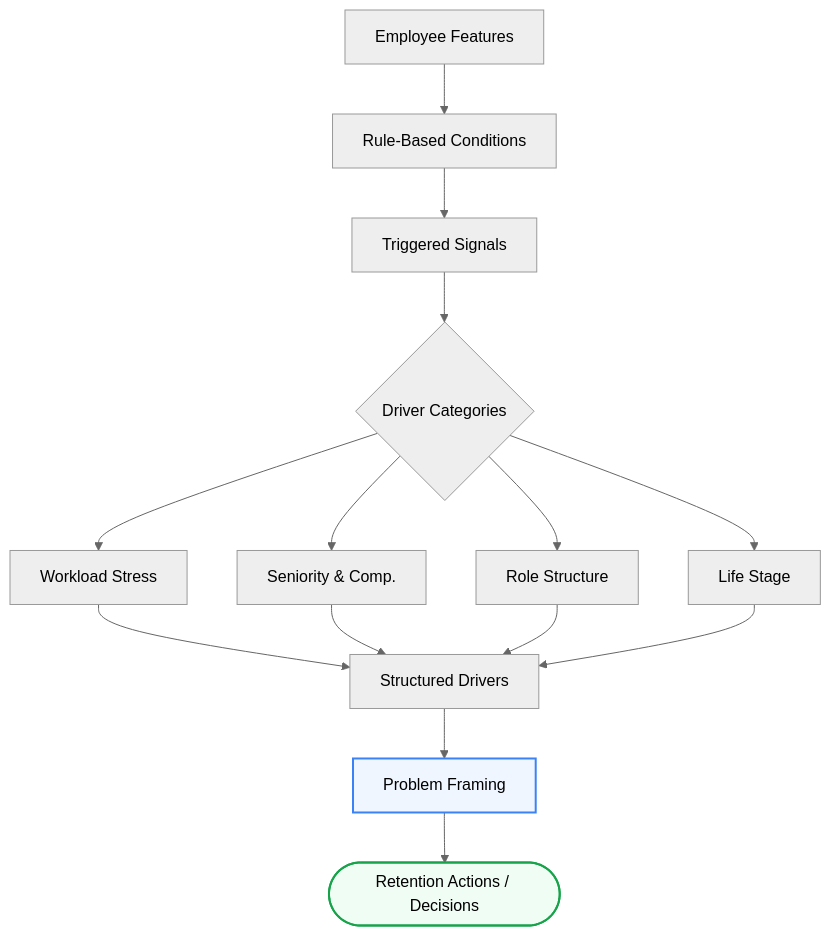
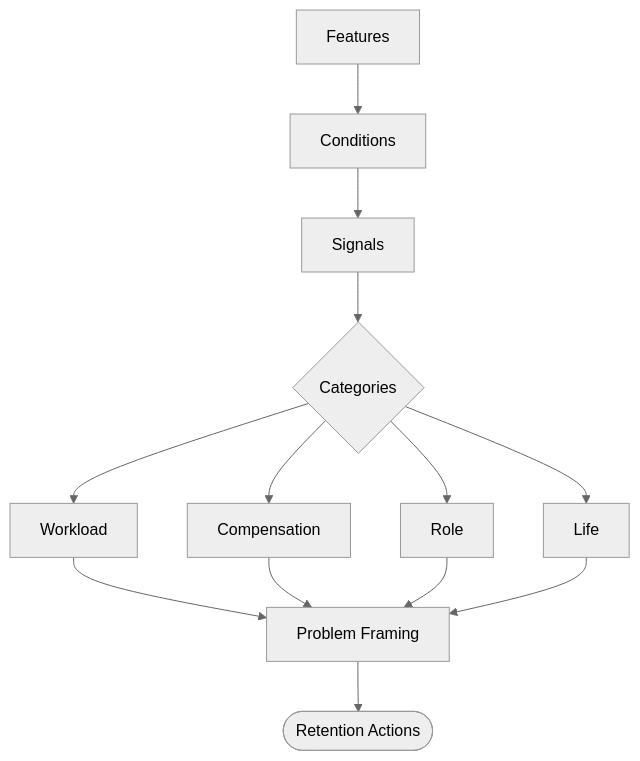
One commit to Andrew-Hany/employee-attrition-decision-system changed the second of 3 diagrams in README.md. Above: the diagram before and after it, drawn with Mermaid (neutral theme). The commit also changed other lines of this file, not shown here.

````diff
--- a/README.md
+++ b/README.md
@@ -96,18 +74,8 @@
 ```mermaid
 graph TD
-    A[Employee Features] --> B[Rule-Based Conditions]
-    B --> C[Triggered Signals]
-    C --> D{Driver Categories}
-    
-    D --> W[Workload Stress]
-    D --> Co[Seniority & Comp.]
-    D --> Ro[Role Structure]
-    D --> Li[Life Stage]
-    
-    W & Co & Ro & Li --> SD[Structured Drivers]
-    SD --> PF[Problem Framing]
-    PF --> RA([Retention Actions / Decisions])
-    
-    style PF fill:#eff6ff,stroke:#3b82f6,stroke-width:2px
-    style RA fill:#f0fdf4,stroke:#16a34a,stroke-width:2px
+    A[Features] --> B[Conditions] --> C[Signals]
+    C --> D{Categories}
+    D --> Workload & Compensation & Role & Life
+    Workload & Compensation & Role & Life --> PF[Problem Framing]
+    PF --> RA([Retention Actions])
 ```
````
